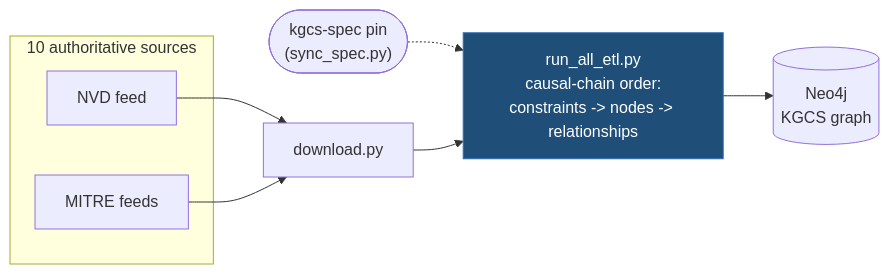
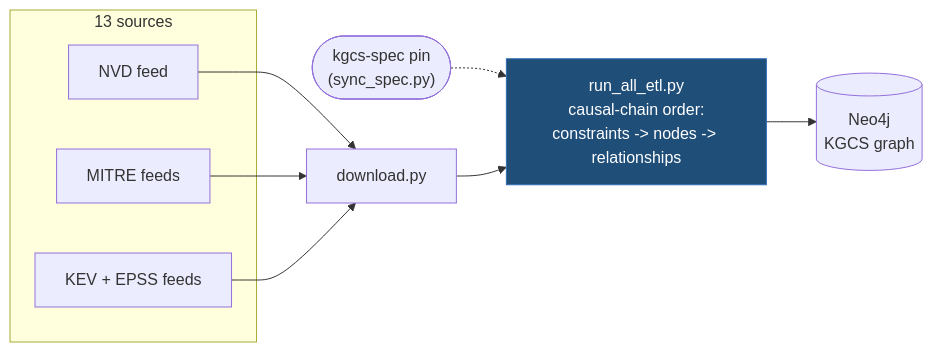
The diagram in README.md (Ariadna-KGCS/kgcs-pipeline), drawn with Mermaid before and after one commit. The commit also changed other lines of this file, not shown here.

Commit message:
docs(readme): 13 sources, last validated load 2026-11-01

````diff
--- a/README.md
+++ b/README.md
@@ -7,15 +7,17 @@
 ```mermaid
 flowchart LR
-    subgraph Sources["10 authoritative sources"]
+    subgraph Sources["13 sources"]
         NVD["NVD feed"]
         MITRE["MITRE feeds"]
+        DEC["KEV + EPSS feeds"]
     end
     SPEC(["kgcs-spec pin\n(sync_spec.py)"]) -.-> ETL
     NVD --> DL["download.py"]
     MITRE --> DL
+    DEC --> DL
     DL --> ETL["run_all_etl.py\ncausal-chain order:\nconstraints -> nodes -> relationships"]
     ETL --> NEO[("Neo4j\nKGCS graph")]
 
     classDef accent fill:#1F4E79,color:#fff,stroke:#2E6CB5;
     class ETL accent;
 ```
````
